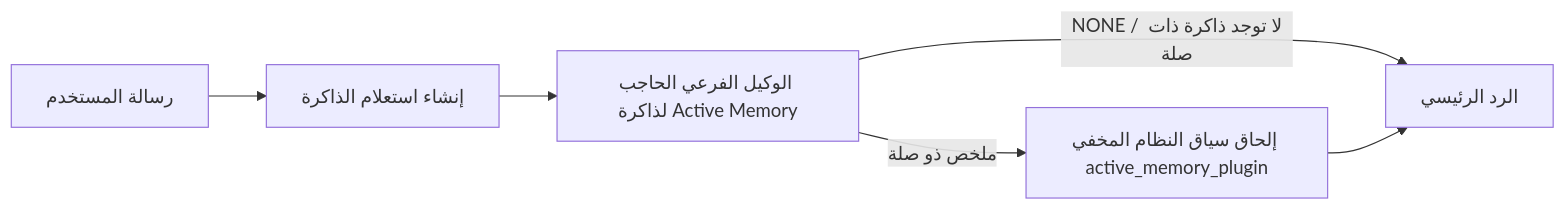
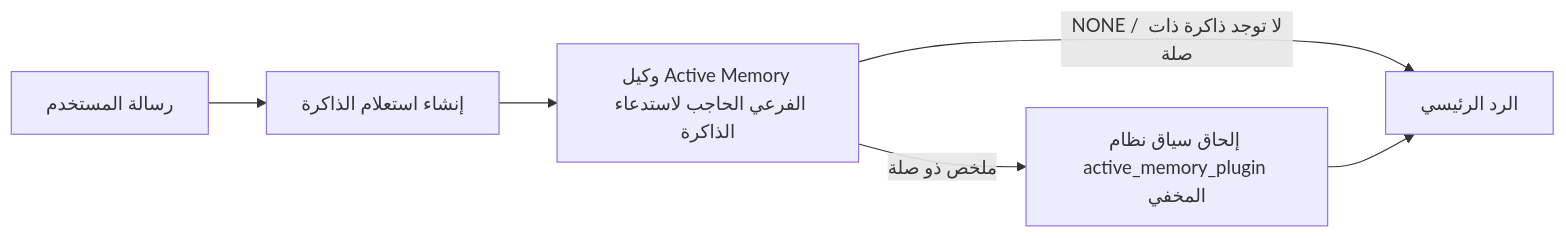
Before and after one commit to openclaw/docs: the diagram in docs/ar/concepts/active-memory.md, drawn with Mermaid. The commit also changed other lines of this file and 6121 other files, not shown here.

````diff
--- a/docs/ar/concepts/active-memory.md
+++ b/docs/ar/concepts/active-memory.md
@@ -82,8 +85,8 @@
 ```mermaid
 flowchart LR
   U["رسالة المستخدم"] --> Q["إنشاء استعلام الذاكرة"]
-  Q --> R["الوكيل الفرعي الحاجب لذاكرة Active Memory"]
+  Q --> R["وكيل Active Memory الفرعي الحاجب لاستدعاء الذاكرة"]
   R -->|NONE / لا توجد ذاكرة ذات صلة| M["الرد الرئيسي"]
-  R -->|ملخص ذو صلة| I["إلحاق سياق النظام المخفي active_memory_plugin"]
+  R -->|ملخص ذو صلة| I["إلحاق سياق نظام active_memory_plugin المخفي"]
   I --> M["الرد الرئيسي"]
 ```
````
